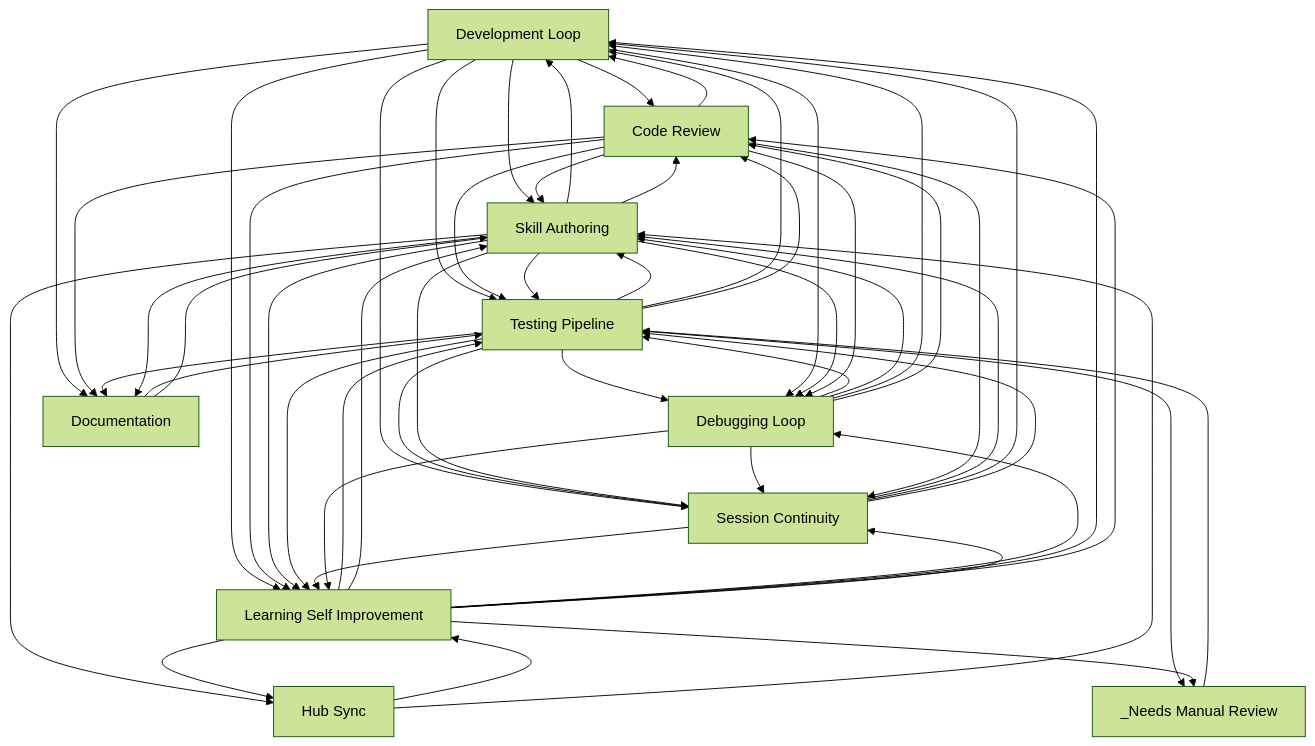
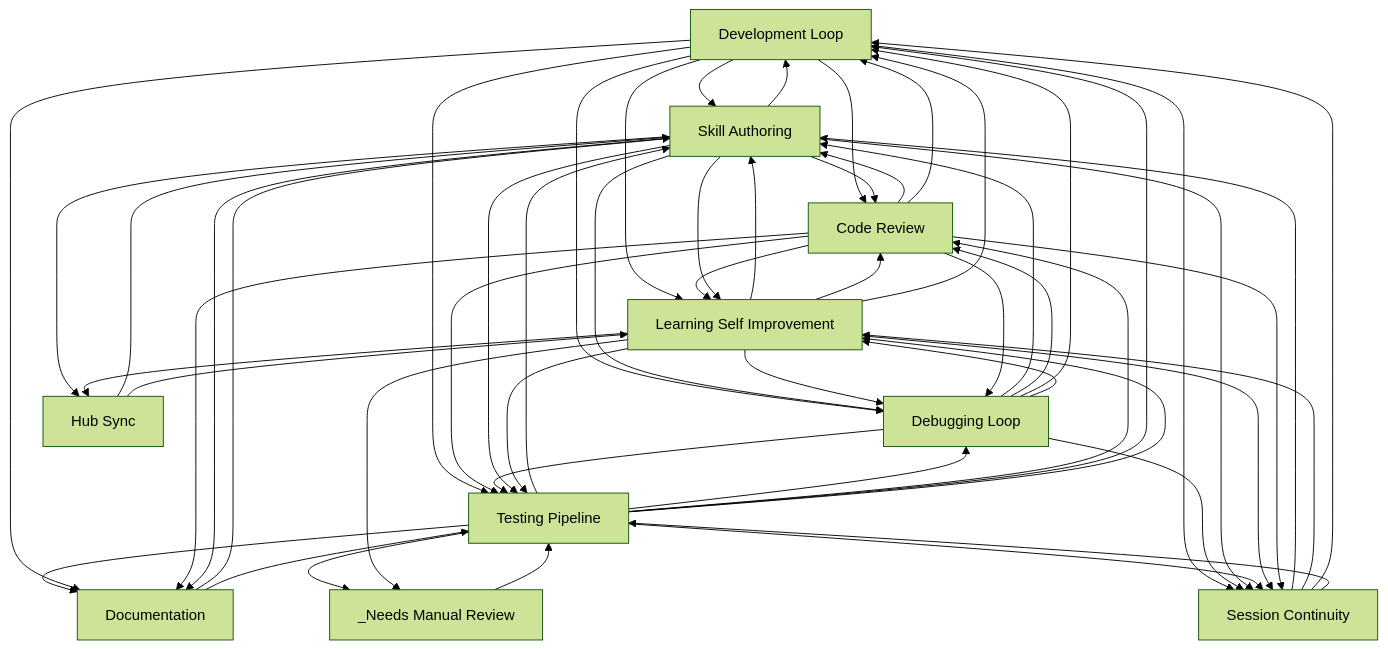
The diagram in docs/workflows/INDEX.md (abhayla/claude-best-practices), drawn with Mermaid (forest theme) before and after one commit. The commit also changed other lines of this file and 12 other files, not shown here.

````diff
--- a/docs/workflows/INDEX.md
+++ b/docs/workflows/INDEX.md
@@ -22,66 +22,66 @@
 ```mermaid
 graph TD
     development_loop[Development Loop]
     testing_pipeline[Testing Pipeline]
     debugging_loop[Debugging Loop]
     learning_self_improvement[Learning Self Improvement]
     session_continuity[Session Continuity]
     skill_authoring[Skill Authoring]
     code_review[Code Review]
     documentation[Documentation]
     hub_sync[Hub Sync]
     _needs_manual_review[_Needs Manual Review]
+    documentation --> skill_authoring
     documentation --> testing_pipeline
-    documentation --> skill_authoring
+    development_loop --> skill_authoring
     development_loop --> code_review
-    development_loop --> skill_authoring
+    code_review --> skill_authoring
     code_review --> development_loop
-    code_review --> skill_authoring
+    development_loop --> learning_self_improvement
     development_loop --> testing_pipeline
-    development_loop --> learning_self_improvement
+    code_review --> learning_self_improvement
     code_review --> testing_pipeline
-    code_review --> learning_self_improvement
     testing_pipeline --> skill_authoring
     testing_pipeline --> debugging_loop
+    testing_pipeline --> code_review
     testing_pipeline --> development_loop
-    testing_pipeline --> code_review
+    debugging_loop --> skill_authoring
+    debugging_loop --> code_review
     debugging_loop --> testing_pipeline
-    debugging_loop --> skill_authoring
     debugging_loop --> development_loop
-    debugging_loop --> code_review
     development_loop --> debugging_loop
     skill_authoring --> development_loop
     skill_authoring --> code_review
+    skill_authoring --> learning_self_improvement
     skill_authoring --> testing_pipeline
-    skill_authoring --> learning_self_improvement
+    testing_pipeline --> documentation
     development_loop --> documentation
     code_review --> documentation
-    testing_pipeline --> documentation
     development_loop --> session_continuity
     testing_pipeline --> _needs_manual_review
+    debugging_loop --> session_continuity
+    skill_authoring --> session_continuity
     testing_pipeline --> session_continuity
-    skill_authoring --> session_continuity
-    debugging_loop --> session_continuity
     skill_authoring --> debugging_loop
-    learning_self_improvement --> testing_pipeline
     learning_self_improvement --> skill_authoring
     learning_self_improvement --> debugging_loop
+    learning_self_improvement --> code_review
+    learning_self_improvement --> testing_pipeline
     learning_self_improvement --> development_loop
-    learning_self_improvement --> code_review
     code_review --> debugging_loop
-    testing_pipeline --> learning_self_improvement
     learning_self_improvement --> session_continuity
     code_review --> session_continuity
+    testing_pipeline --> learning_self_improvement
+    session_continuity --> skill_authoring
     session_continuity --> learning_self_improvement
-    session_continuity --> skill_authoring
     session_continuity --> development_loop
     session_continuity --> testing_pipeline
     _needs_manual_review --> testing_pipeline
     skill_authoring --> hub_sync
     debugging_loop --> learning_self_improvement
     learning_self_improvement --> hub_sync
     learning_self_improvement --> _needs_manual_review
+    hub_sync --> skill_authoring
     hub_sync --> learning_self_improvement
-    hub_sync --> skill_authoring
     skill_authoring --> documentation
 ```
````
